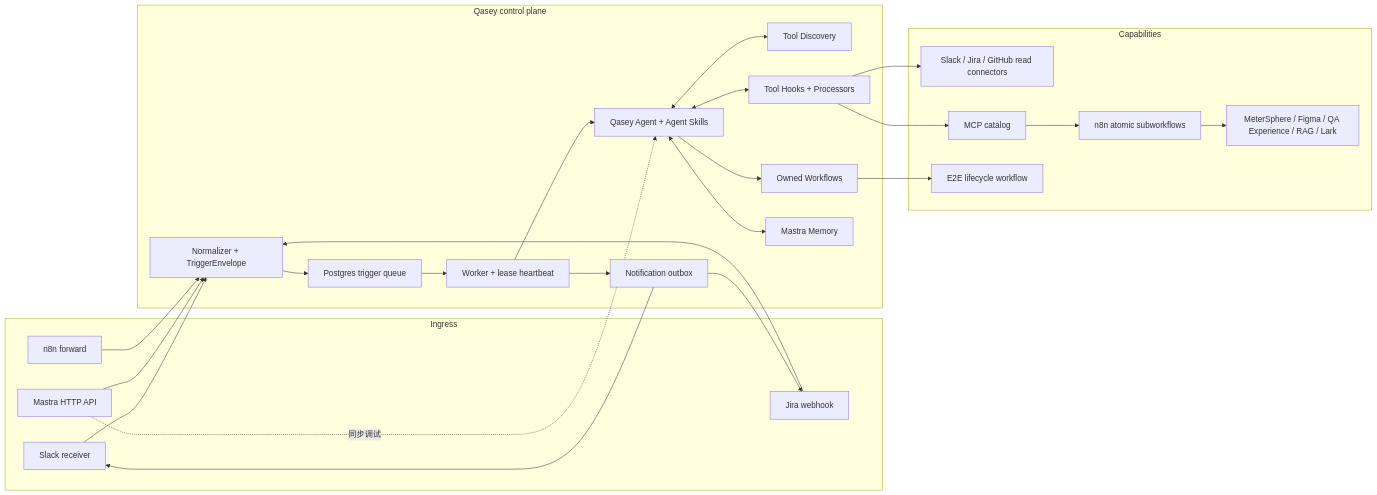
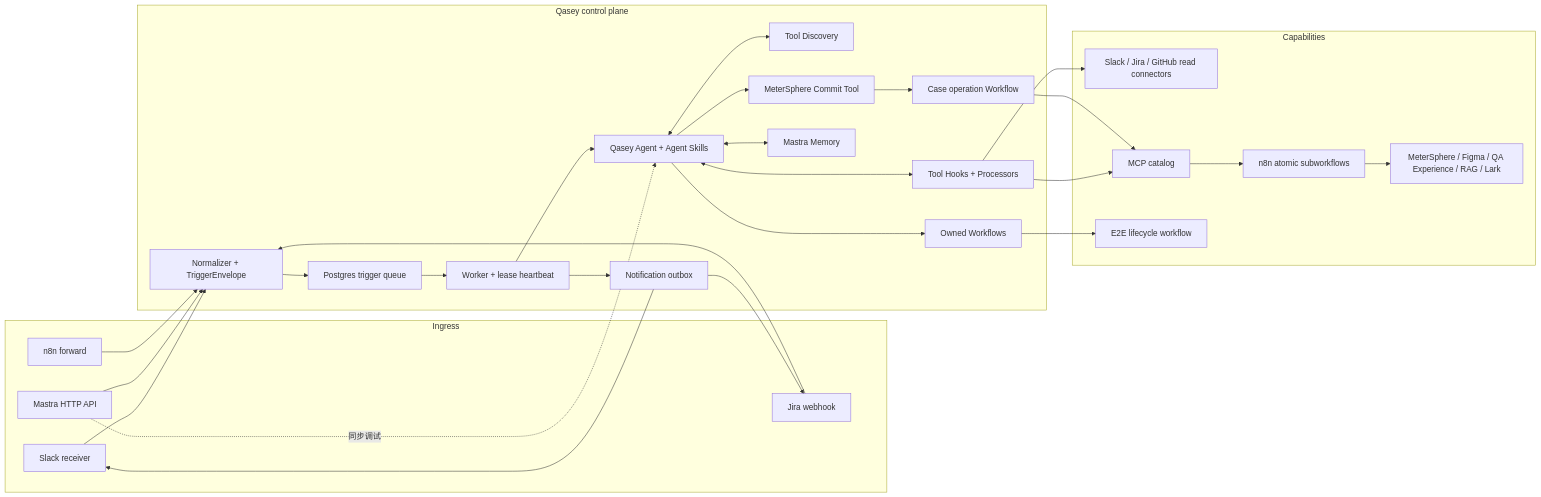
Before and after one commit to GrinZero/qasey: the second of 2 diagrams in docs/n8n-architecture-comparison.md, drawn with Mermaid. The commit also changed other lines of this file and 25 other files, not shown here.

````diff
--- a/docs/n8n-architecture-comparison.md
+++ b/docs/n8n-architecture-comparison.md
@@ -67,44 +67,47 @@
 ```mermaid
 flowchart LR
     subgraph Ingress["Ingress"]
         Slack["Slack receiver"]
         Jira["Jira webhook"]
         API["Mastra HTTP API"]
         Forward["n8n forward"]
     end
 
     subgraph Control["Qasey control plane"]
         Normalize["Normalizer + TriggerEnvelope"]
         Queue["Postgres trigger queue"]
         Worker["Worker + lease heartbeat"]
         Agent["Qasey Agent + Agent Skills"]
         Discovery["Tool Discovery"]
         Processors["Tool Hooks + Processors"]
+        Commit["MeterSphere Commit Tool"]
+        CaseWorkflow["Case operation Workflow"]
         Workflow["Owned Workflows"]
         Outbox["Notification outbox"]
         Memory["Mastra Memory"]
     end
 
     subgraph Capabilities["Capabilities"]
         Native["Slack / Jira / GitHub read connectors"]
         MCP["MCP catalog"]
         N8N["n8n atomic subworkflows"]
         External["MeterSphere / Figma / QA Experience / RAG / Lark"]
         E2E["E2E lifecycle workflow"]
     end
 
     Slack --> Normalize
     Jira --> Normalize
     API --> Normalize
     Forward --> Normalize
     Normalize --> Queue --> Worker --> Agent
     API -. "同步调试" .-> Agent
     Agent <--> Memory
     Agent <--> Discovery
     Agent <--> Processors
     Processors --> Native
     Processors --> MCP --> N8N --> External
+    Agent --> Commit --> CaseWorkflow --> MCP
     Agent --> Workflow --> E2E
     Worker --> Outbox --> Slack
     Outbox --> Jira
 ```
````
